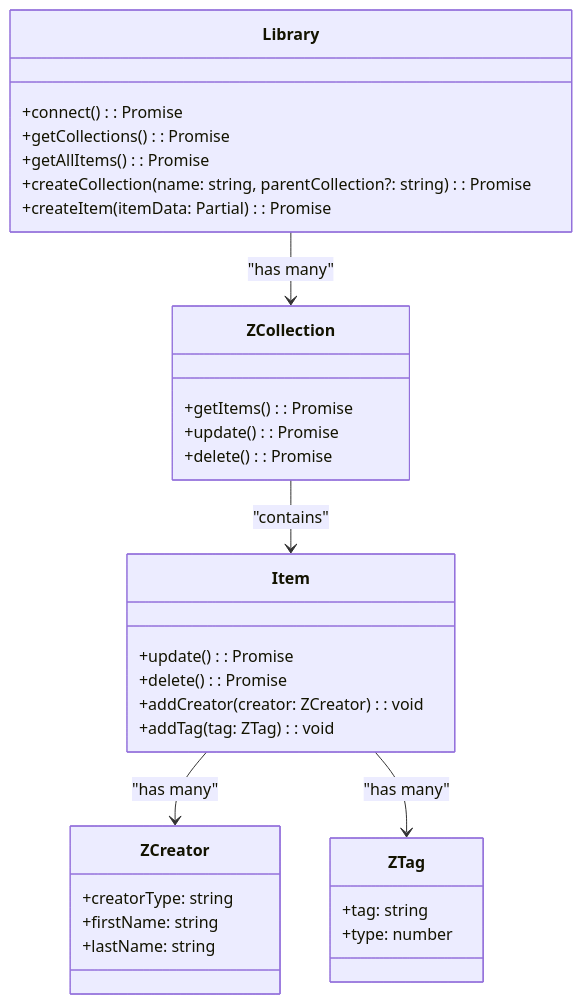
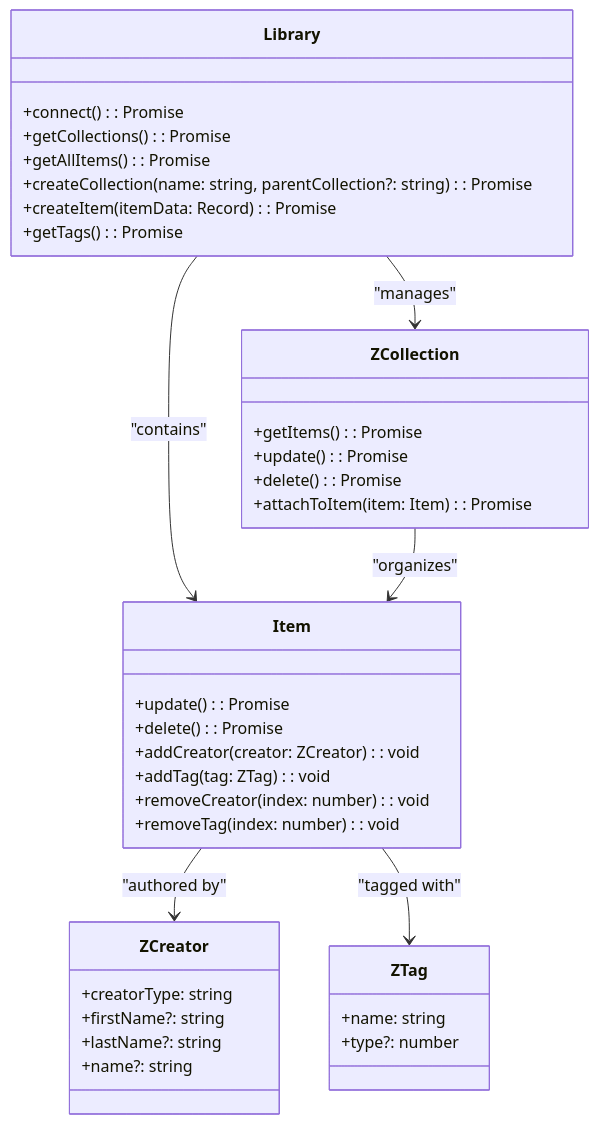
The diagram in README.md (Sylvain-BROCAS/Zotero-TS-API), drawn with Mermaid before and after one commit. The commit also changed other lines of this file, not shown here.

````diff
--- a/README.md
+++ b/README.md
@@ -128,39 +306,45 @@
 ```mermaid
 classDiagram
     class Library {
         +connect(): Promise<void>
         +getCollections(): Promise<ZCollection[]>
         +getAllItems(): Promise<Item[]>
         +createCollection(name: string, parentCollection?: string): Promise<ZCollection>
-        +createItem(itemData: Partial<IItemData>): Promise<Item>
+        +createItem(itemData: Record<string, unknown>): Promise<Item>
+        +getTags(): Promise<string[]>
     }
 
     class ZCollection {
         +getItems(): Promise<Item[]>
         +update(): Promise<void>
         +delete(): Promise<void>
+        +attachToItem(item: Item): Promise<void>
     }
 
     class Item {
         +update(): Promise<void>
         +delete(): Promise<void>
         +addCreator(creator: ZCreator): void
         +addTag(tag: ZTag): void
+        +removeCreator(index: number): void
+        +removeTag(index: number): void
     }
 
     class ZCreator {
         +creatorType: string
-        +firstName: string
-        +lastName: string
+        +firstName?: string
+        +lastName?: string
+        +name?: string
     }
 
     class ZTag {
-        +tag: string
-        +type: number
+        +name: string
+        +type?: number
     }
 
-    Library --> ZCollection : "has many"
-    ZCollection --> Item : "contains"
-    Item --> ZCreator : "has many"
-    Item --> ZTag : "has many"
+    Library --> ZCollection : "manages"
+    Library --> Item : "contains"
+    ZCollection --> Item : "organizes"
+    Item --> ZCreator : "authored by"
+    Item --> ZTag : "tagged with"
 ```
````
